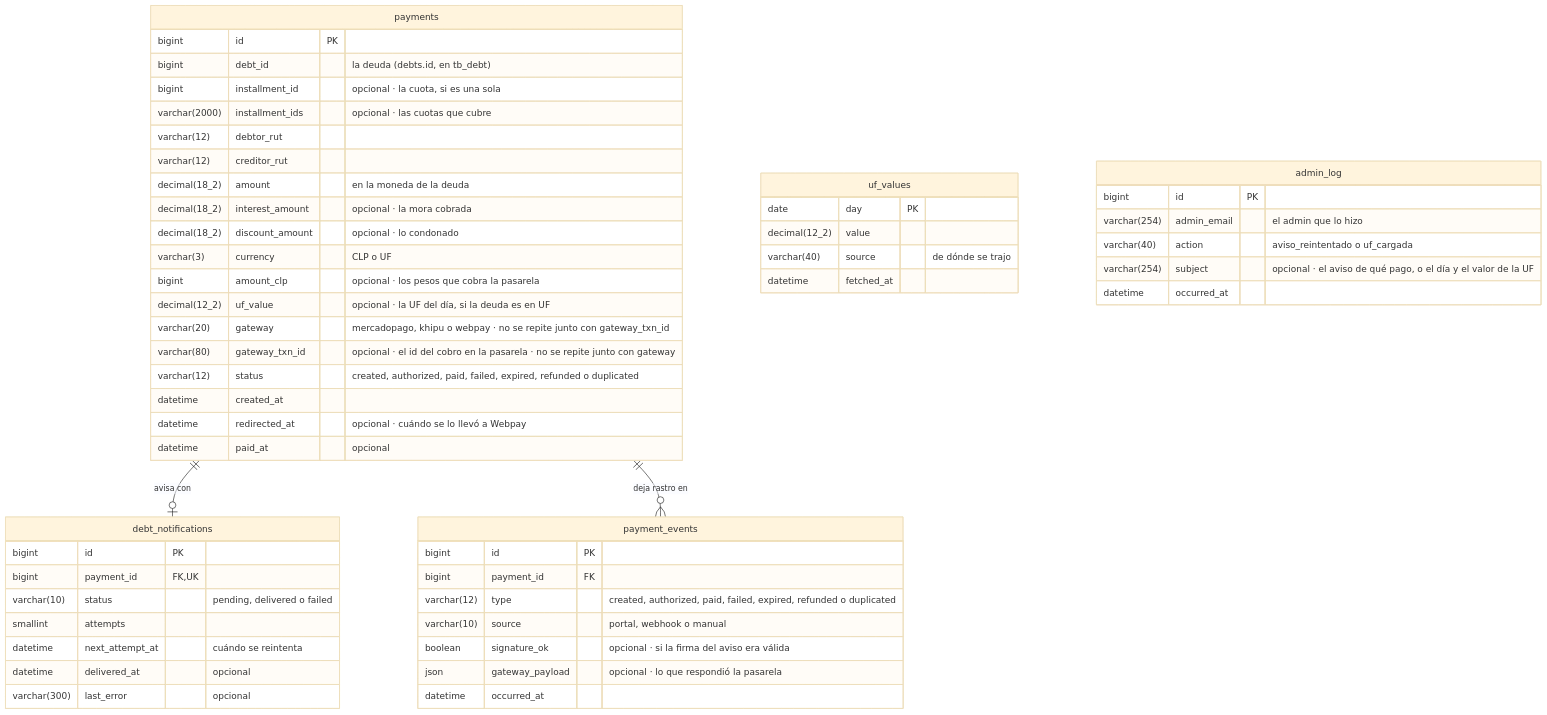
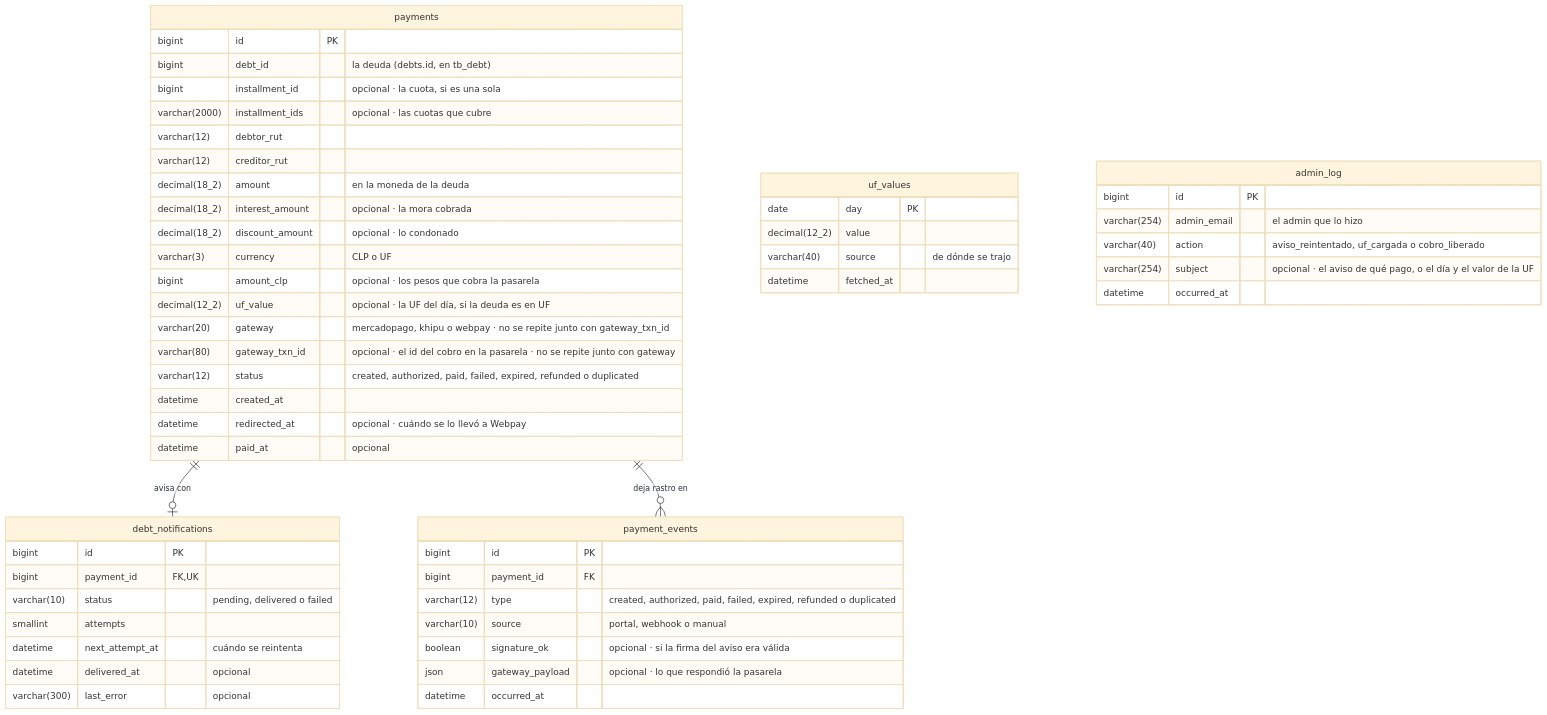
One commit to TechnicalBridge/DataBridge changed the fourth of 5 diagrams in docs/diagramas/entidad-relacion.md. Above: the diagram before and after it, drawn with Mermaid (base theme). The commit also changed other lines of this file and 14 other files, not shown here.

````diff
--- a/docs/diagramas/entidad-relacion.md
+++ b/docs/diagramas/entidad-relacion.md
@@ -468,56 +468,56 @@
 ```mermaid
 erDiagram
     payments ||--o| debt_notifications : "avisa con"
     payments ||--o{ payment_events : "deja rastro en"
     debt_notifications {
         bigint id PK
         bigint payment_id FK, UK
         varchar(10) status "pending, delivered o failed"
         smallint attempts
         datetime next_attempt_at "cuándo se reintenta"
         datetime delivered_at "opcional"
         varchar(300) last_error "opcional"
     }
     payment_events {
         bigint id PK
         bigint payment_id FK
         varchar(12) type "created, authorized, paid, failed, expired, refunded o duplicated"
         varchar(10) source "portal, webhook o manual"
         boolean signature_ok "opcional · si la firma del aviso era válida"
         json gateway_payload "opcional · lo que respondió la pasarela"
         datetime occurred_at
     }
     payments {
         bigint id PK
         bigint debt_id "la deuda (debts.id, en tb_debt)"
         bigint installment_id "opcional · la cuota, si es una sola"
         varchar(2000) installment_ids "opcional · las cuotas que cubre"
         varchar(12) debtor_rut
         varchar(12) creditor_rut
         decimal(18_2) amount "en la moneda de la deuda"
         decimal(18_2) interest_amount "opcional · la mora cobrada"
         decimal(18_2) discount_amount "opcional · lo condonado"
         varchar(3) currency "CLP o UF"
         bigint amount_clp "opcional · los pesos que cobra la pasarela"
         decimal(12_2) uf_value "opcional · la UF del día, si la deuda es en UF"
         varchar(20) gateway "mercadopago, khipu o webpay · no se repite junto con gateway_txn_id"
         varchar(80) gateway_txn_id "opcional · el id del cobro en la pasarela · no se repite junto con gateway"
         varchar(12) status "created, authorized, paid, failed, expired, refunded o duplicated"
         datetime created_at
         datetime redirected_at "opcional · cuándo se lo llevó a Webpay"
         datetime paid_at "opcional"
     }
     uf_values {
         date day PK
         decimal(12_2) value
         varchar(40) source "de dónde se trajo"
         datetime fetched_at
     }
     admin_log {
         bigint id PK
         varchar(254) admin_email "el admin que lo hizo"
-        varchar(40) action "aviso_reintentado o uf_cargada"
+        varchar(40) action "aviso_reintentado, uf_cargada o cobro_liberado"
         varchar(254) subject "opcional · el aviso de qué pago, o el día y el valor de la UF"
         datetime occurred_at
     }
 ```
````
